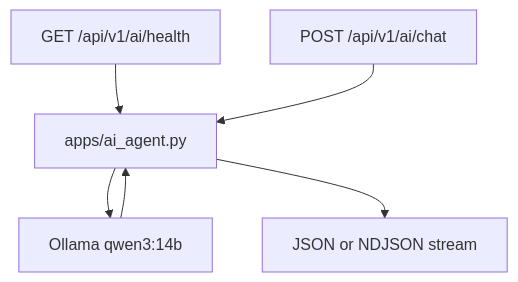
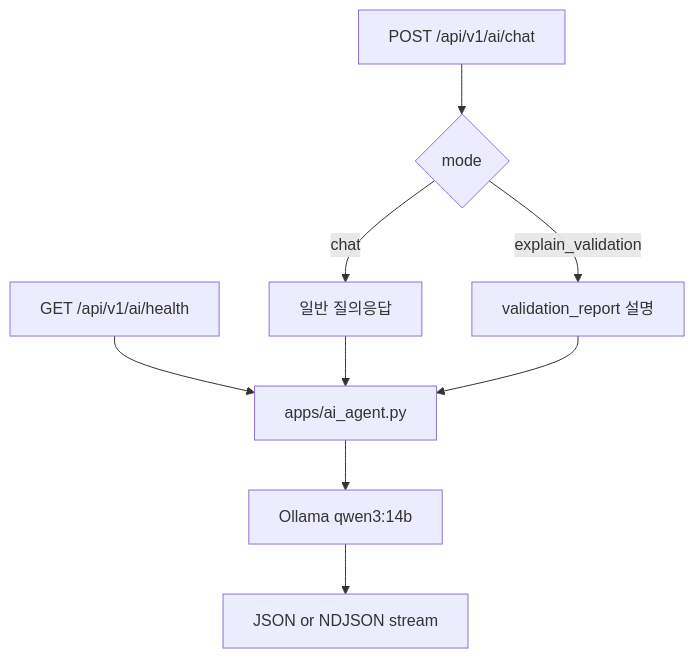
One commit to sayoon01/catenax-cobot-dataspace changed the fifth of 10 diagrams in server/PIPELINE.md. Above: the diagram before and after it, drawn with Mermaid. The commit also changed other lines of this file and 3 other files, not shown here.

First line of the commit message:
docs: expand pipeline and EDC flow documentation

````diff
--- a/server/PIPELINE.md
+++ b/server/PIPELINE.md
@@ -76,8 +116,11 @@
 ```mermaid
 flowchart TD
     H1[GET /api/v1/ai/health] --> AG[apps/ai_agent.py]
-    C[POST /api/v1/ai/chat] --> AG
+    C[POST /api/v1/ai/chat] --> M{mode}
+    M -->|chat| CHAT[일반 질의응답]
+    M -->|explain_validation| VAL[validation_report 설명]
+    CHAT --> AG
+    VAL --> AG
     AG --> OLL[Ollama qwen3:14b]
-    OLL --> AG
-    AG --> RESP[JSON or NDJSON stream]
+    OLL --> RESP[JSON or NDJSON stream]
 ```
````
